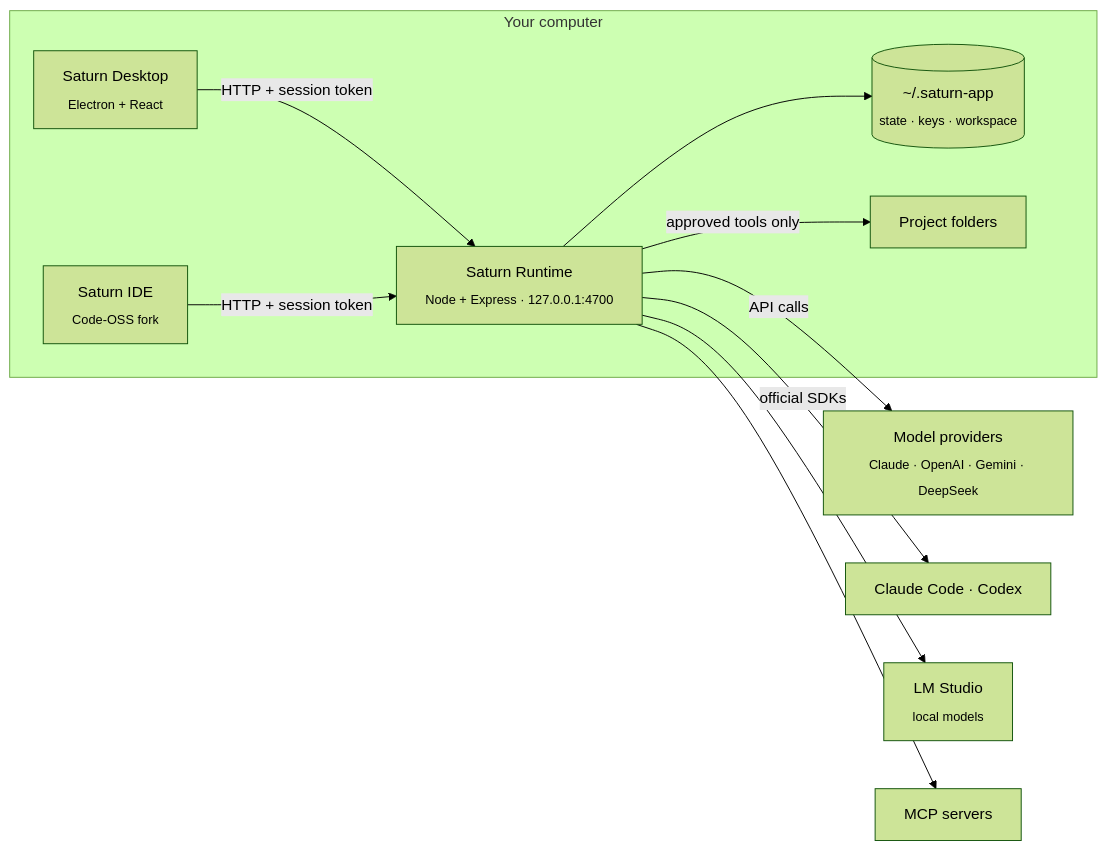
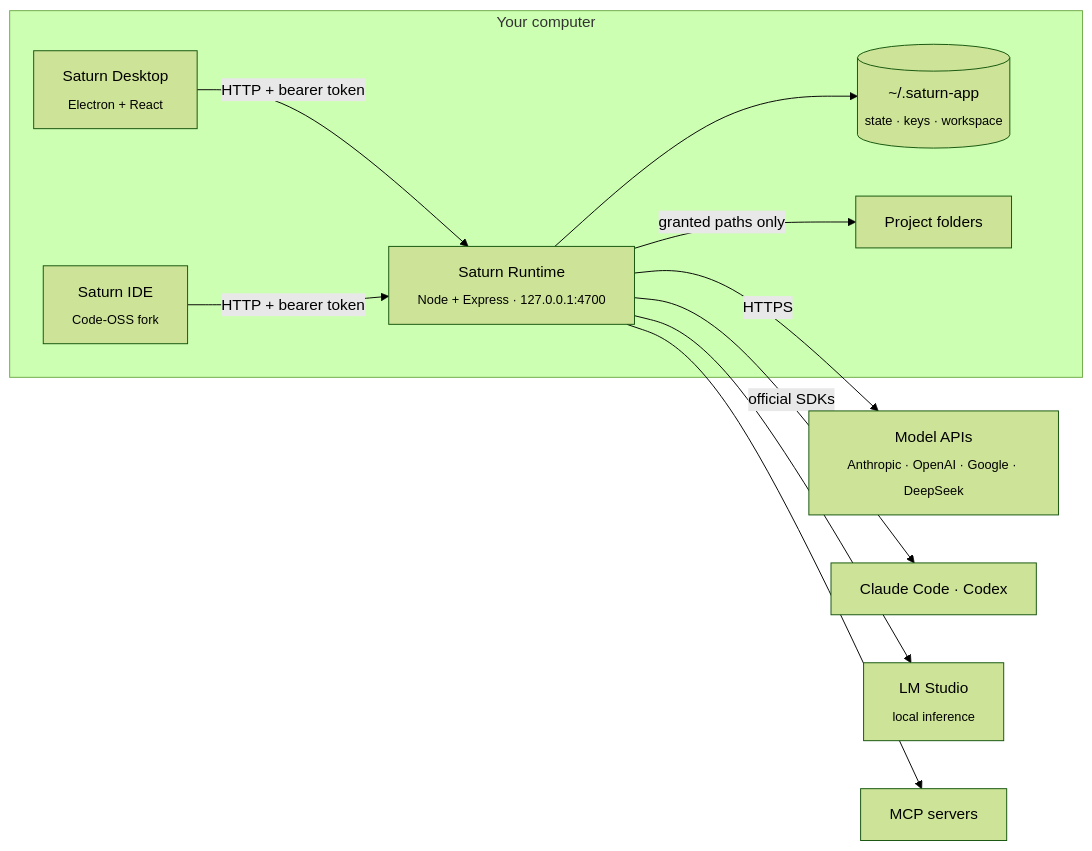
Before and after one commit to Saturn-Technology-Project/Saturn-App: the diagram in README.md, drawn with Mermaid (forest theme). The commit also changed other lines of this file and 1 other file, not shown here.

````diff
--- a/README.md
+++ b/README.md
@@ -114,18 +120,18 @@
 ```mermaid
 flowchart LR
   subgraph Machine["Your computer"]
     D["Saturn Desktop<br/><sub>Electron + React</sub>"]
     I["Saturn IDE<br/><sub>Code-OSS fork</sub>"]
     R["Saturn Runtime<br/><sub>Node + Express · 127.0.0.1:4700</sub>"]
     S[("~/.saturn-app<br/><sub>state · keys · workspace</sub>")]
     P["Project folders"]
-    D -- "HTTP + session token" --> R
-    I -- "HTTP + session token" --> R
+    D -- "HTTP + bearer token" --> R
+    I -- "HTTP + bearer token" --> R
     R --> S
-    R -- "approved tools only" --> P
+    R -- "granted paths only" --> P
   end
-  R -- "API calls" --> M["Model providers<br/><sub>Claude · OpenAI · Gemini · DeepSeek</sub>"]
+  R -- "HTTPS" --> M["Model APIs<br/><sub>Anthropic · OpenAI · Google · DeepSeek</sub>"]
   R -- "official SDKs" --> C["Claude Code · Codex"]
-  R --> L["LM Studio<br/><sub>local models</sub>"]
+  R --> L["LM Studio<br/><sub>local inference</sub>"]
   R --> X["MCP servers"]
 ```
````
